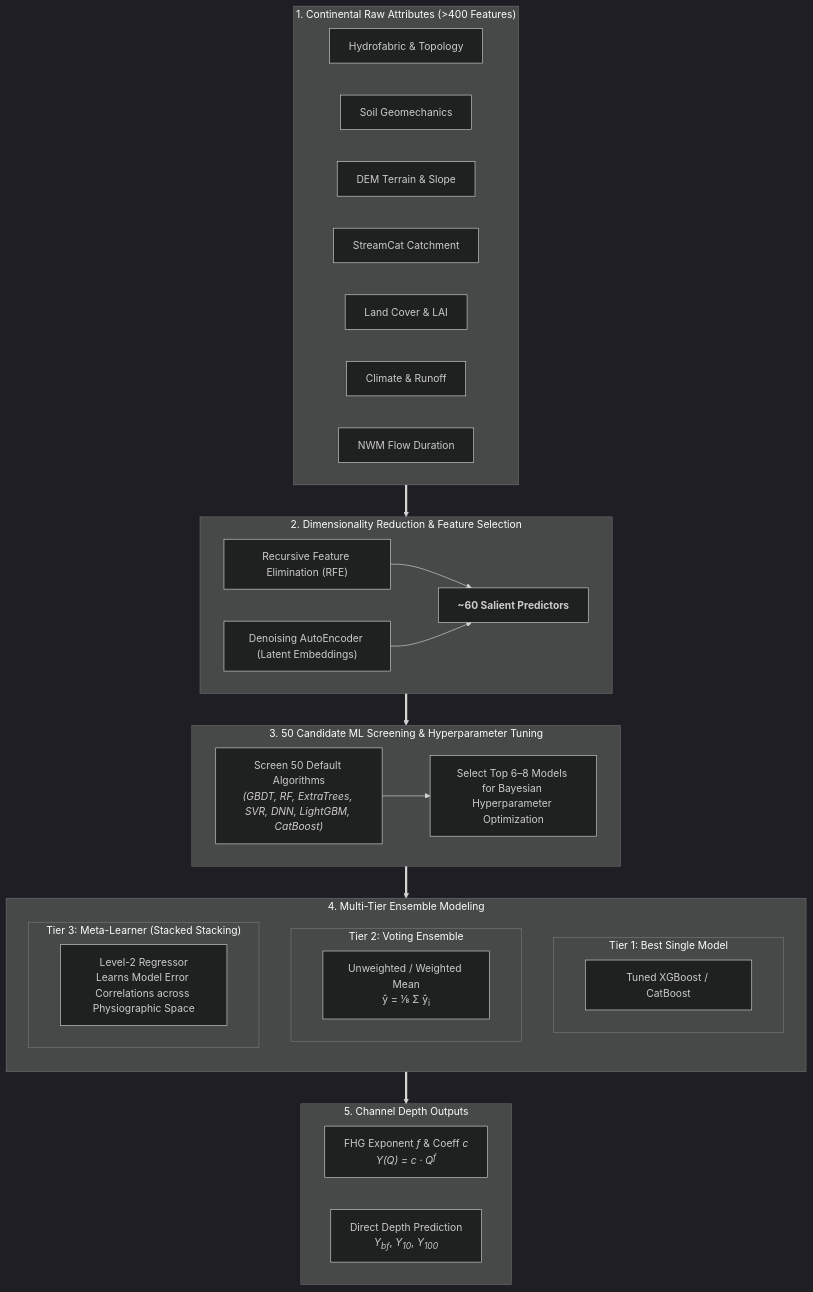
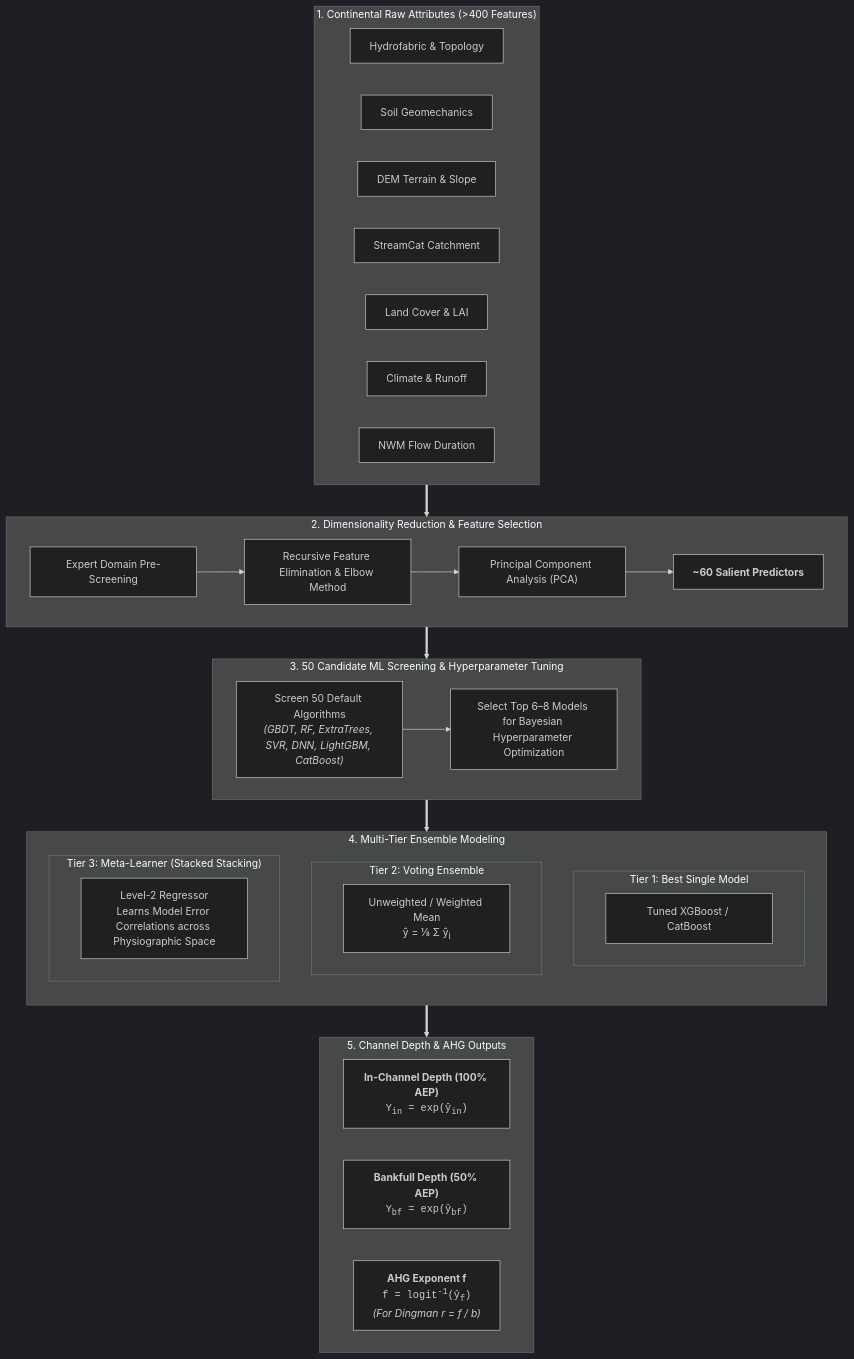
Before and after one commit to arashmodrad/ml_web: the first of 2 diagrams in docs/v1.0/y/models.md, drawn with Mermaid (dark theme). The commit also changed other lines of this file and 40 other files, not shown here.

````diff
--- a/docs/v1.0/y/models.md
+++ b/docs/v1.0/y/models.md
@@ -15,52 +15,55 @@
 ```mermaid
 flowchart TD
     subgraph RAW ["1. Continental Raw Attributes (>400 Features)"]
         direction LR
         F1["Hydrofabric & Topology"]
         F2["Soil Geomechanics"]
         F3["DEM Terrain & Slope"]
         F4["StreamCat Catchment"]
         F5["Land Cover & LAI"]
         F6["Climate & Runoff"]
         F7["NWM Flow Duration"]
     end
 
     subgraph REDUCE ["2. Dimensionality Reduction & Feature Selection"]
-        RFE["Recursive Feature Elimination (RFE)"]
-        AE["Denoising AutoEncoder (Latent Embeddings)"]
+        EXP["Expert Domain Pre-Screening"]
+        RFE["Recursive Feature Elimination & Elbow Method"]
+        PCA["Principal Component Analysis (PCA)"]
         TOP60["<b>~60 Salient Predictors</b>"]
-        RFE --> TOP60
-        AE --> TOP60
+        EXP --> RFE --> PCA --> TOP60
     end
 
     subgraph SELECTION ["3. 50 Candidate ML Screening & Hyperparameter Tuning"]
         CAND["Screen 50 Default Algorithms<br/><i>(GBDT, RF, ExtraTrees, SVR, DNN, LightGBM, CatBoost)</i>"]
         TOP_MODELS["Select Top 6–8 Models for Bayesian Hyperparameter Optimization"]
         CAND --> TOP_MODELS
     end
 
     subgraph ENSEMBLE ["4. Multi-Tier Ensemble Modeling"]
         direction TB
         subgraph T1 ["Tier 1: Best Single Model"]
             M_BEST["Tuned XGBoost / CatBoost"]
         end
         subgraph T2 ["Tier 2: Voting Ensemble"]
             M_VOTE["Unweighted / Weighted Mean<br/>&ycirc; = &frac18; &Sigma; &ycirc;<sub>i</sub>"]
         end
         subgraph T3 ["Tier 3: Meta-Learner (Stacked Stacking)"]
             M_META["Level-2 Regressor<br/>Learns Model Error Correlations across Physiographic Space"]
         end
     end
 
-    subgraph OUTPUT ["5. Channel Depth Outputs"]
+    subgraph OUTPUT ["5. Channel Depth & AHG Outputs"]
         direction LR
-        P_FHG["FHG Exponent <i>f</i> & Coeff <i>c</i><br/><i>Y(Q) = c &middot; Q<sup>f</sup></i>"]
-        P_DIR["Direct Depth Prediction<br/><i>Y<sub>bf</sub></i>, <i>Y<sub>10</sub></i>, <i>Y<sub>100</sub></i>"]
+        P_IN["<b>In-Channel Depth (100% AEP)</b><br/><code>Y<sub>in</sub> = exp(ŷ<sub>in</sub>)</code>"]
+        P_BF["<b>Bankfull Depth (50% AEP)</b><br/><code>Y<sub>bf</sub> = exp(ŷ<sub>bf</sub>)</code>"]
+        P_FHG["<b>AHG Exponent f</b><br/><code>f = logit<sup>-1</sup>(ŷ<sub>f</sub>)</code><br/><i>(For Dingman r = f / b)</i>"]
     end
 
     RAW ==> REDUCE ==> SELECTION ==> ENSEMBLE ==> OUTPUT
 
     class ENSEMBLE highlight-blue;
     class T3 highlight-blue;
-    class OUTPUT highlight-teal;
+    class P_IN highlight-teal;
+    class P_BF highlight-orange;
+    class P_FHG highlight-blue;
 ```
````
